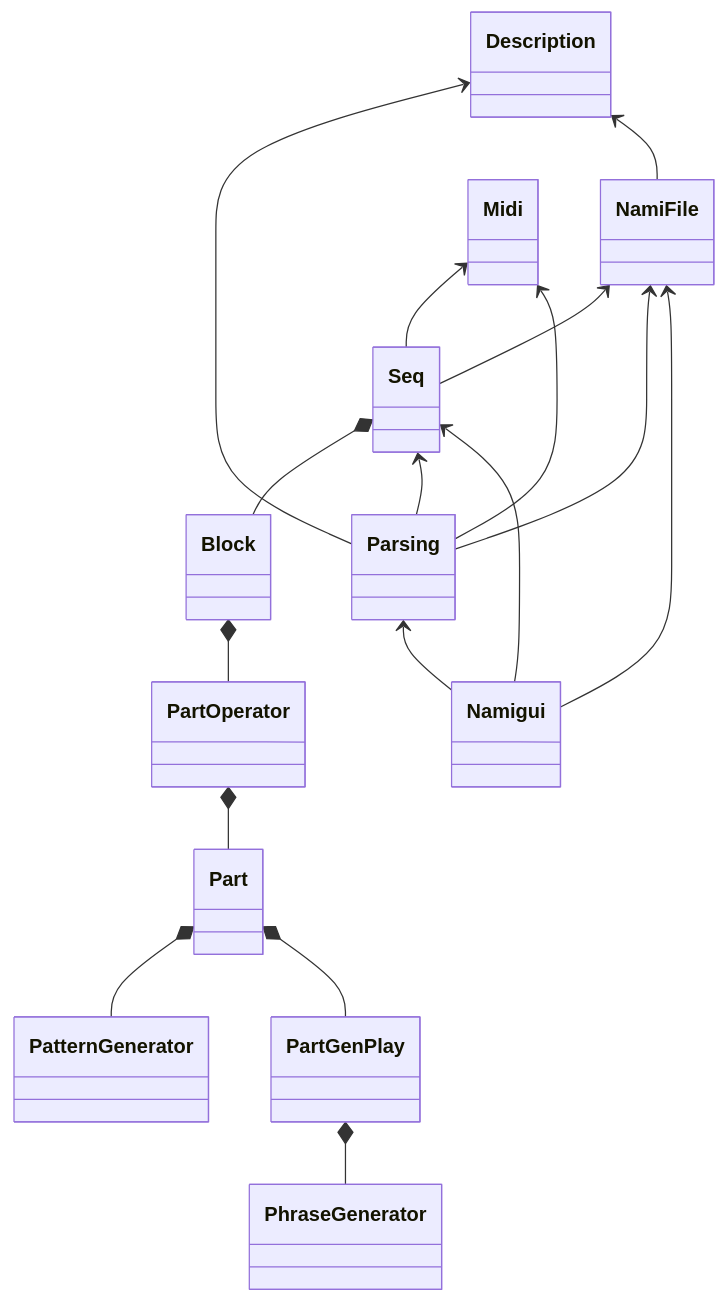
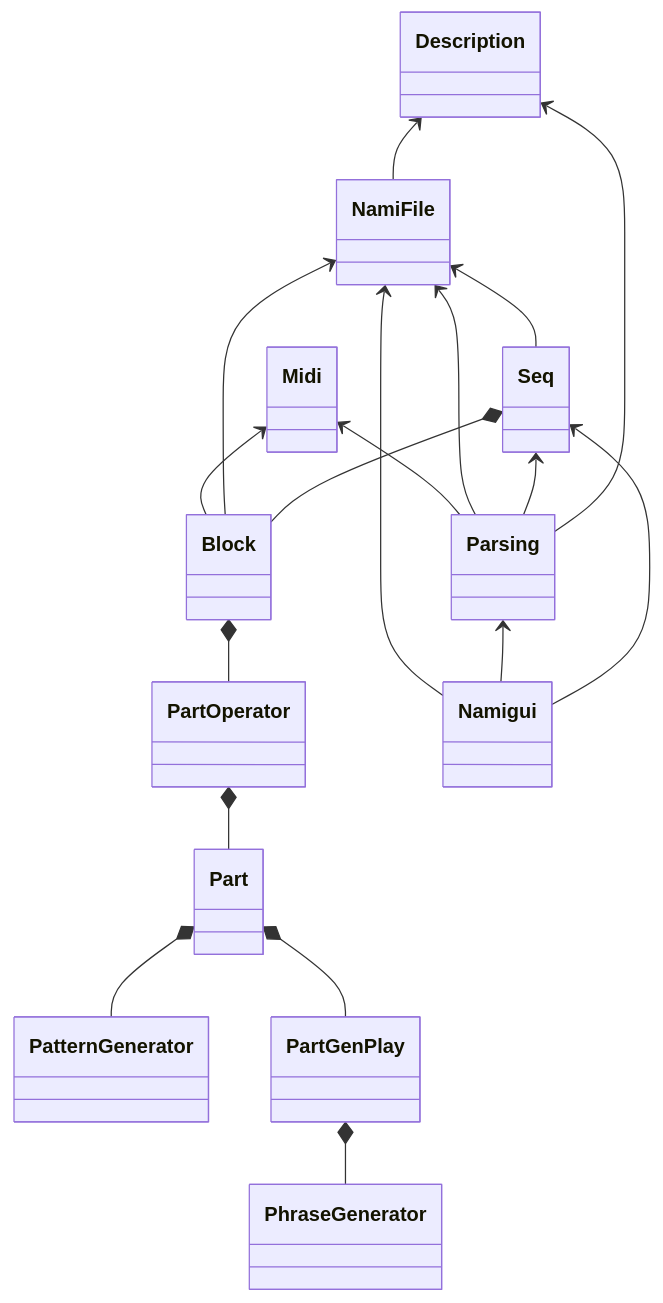
The diagram in namihey_class.md (hasebems/namihey), drawn with Mermaid before and after one commit. The commit also changed other lines of this file, not shown here.

````diff
--- a/namihey_class.md
+++ b/namihey_class.md
@@ -20,19 +20,20 @@
 ```mermaid
 classDiagram
 Seq *-- Block
 Block *-- PartOperator
 PartOperator *-- Part
 Part *-- PatternGenerator
 Part *-- PartGenPlay
 PartGenPlay *-- PhraseGenerator
 Description <-- Parsing
 Description <-- NamiFile
 Seq <-- Parsing
 NamiFile <-- Seq
 NamiFile <-- Parsing
-Midi <-- Seq
+NamiFile <-- Block
+Midi <-- Block
 Midi <-- Parsing
 Seq <-- Namigui
 Parsing <-- Namigui
 NamiFile <-- Namigui
 ```
````
